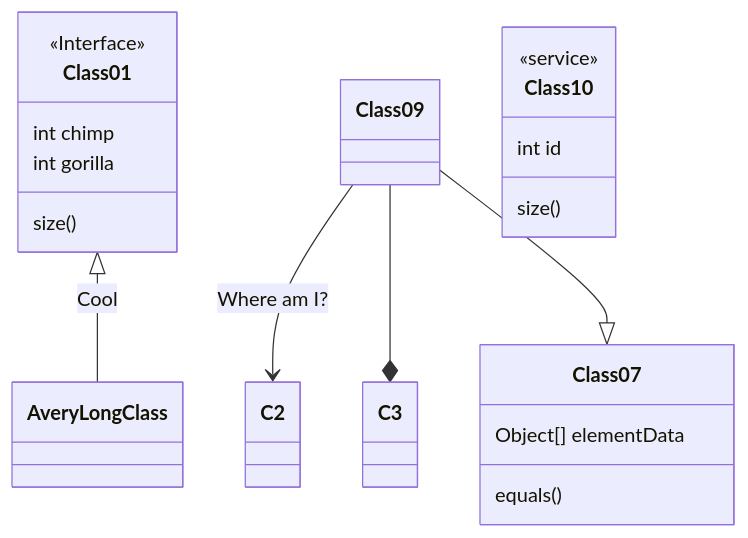
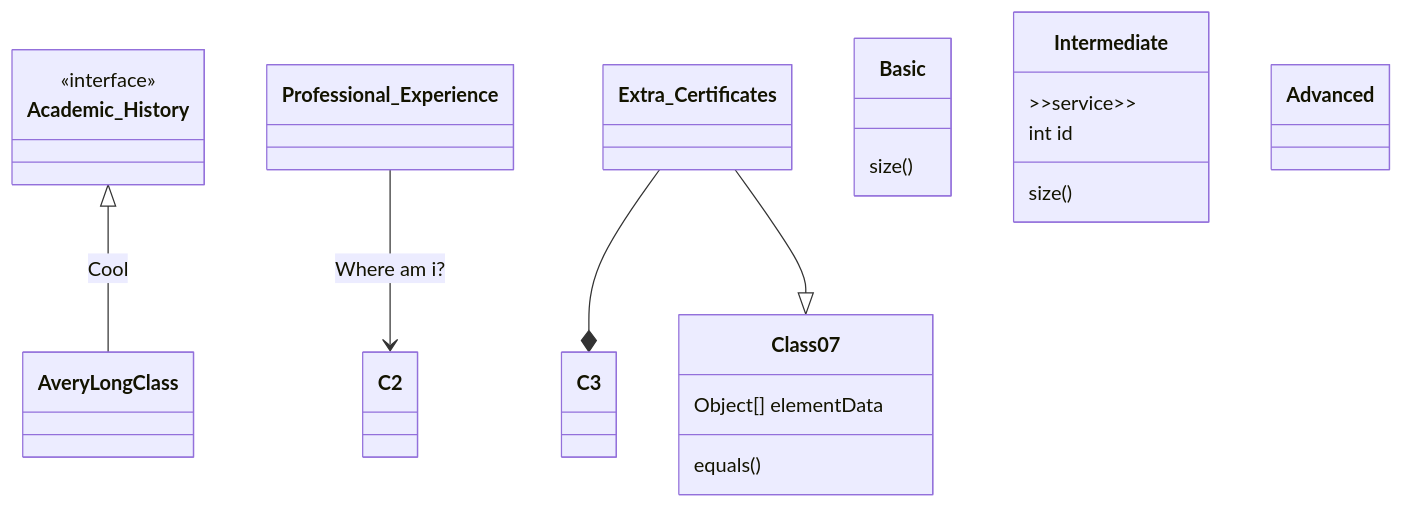
The first of 2 diagrams in README.md (Breno-M-G/see-my-resume), drawn with Mermaid before and after one commit.

Commit message:
Implementações_diagrama_Class

````diff
--- a/README.md
+++ b/README.md
@@ -5,19 +5,20 @@
 ``` mermaid
 classDiagram
-Class01 <|-- AveryLongClass : Cool
-<<Interface>> Class01
-Class09 --> C2 : Where am I?
-Class09 --* C3
-Class09 --|> Class07
+Academic_History <|-- AveryLongClass : Cool
+<<interface>> Academic_History
+Professional_Experience--> C2 : Where am i?
+Extra_Certificates --* C3
+Extra_Certificates --|> Class07
 Class07 : equals()
 Class07 : Object[] elementData
-Class01 : size()
-Class01 : int chimp
-Class01 : int gorilla
-class Class10 {
-  <<service>>
+Basic : size()
+class Intermediate {
+  >>service>>
   int id
   size()
 }
+class Advanced { 
+
+}
 
 ```
````
